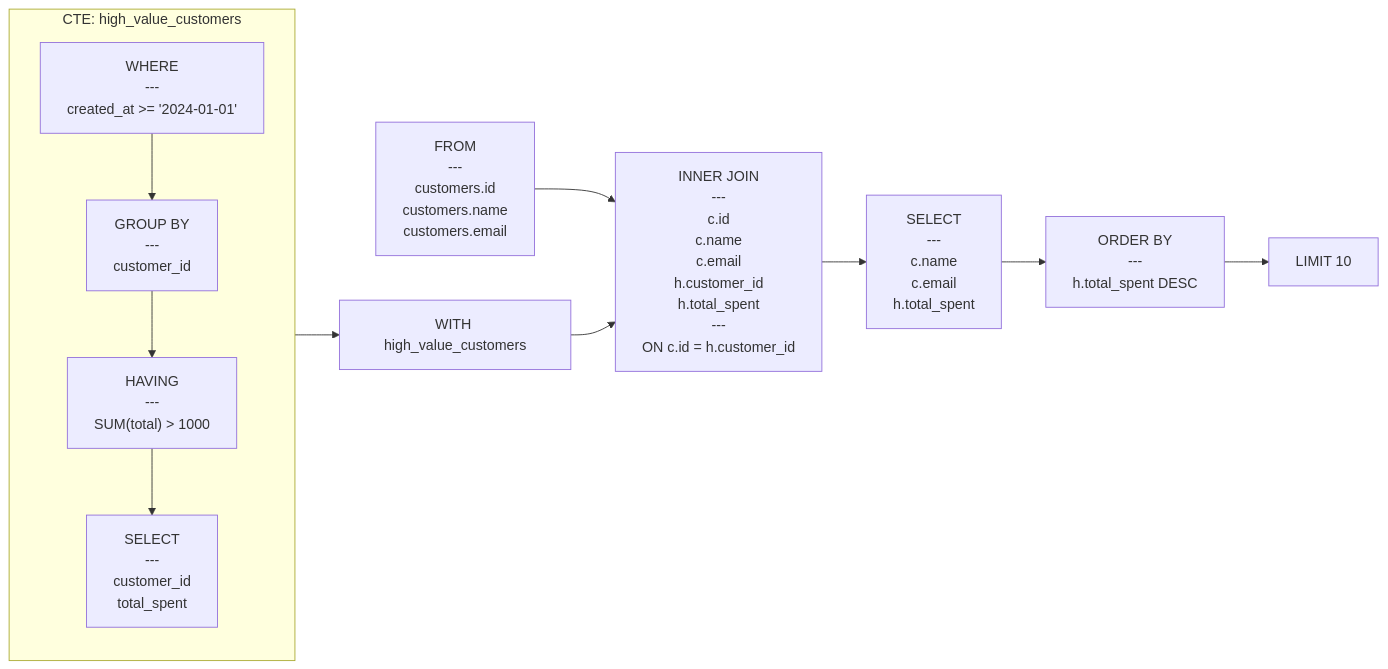
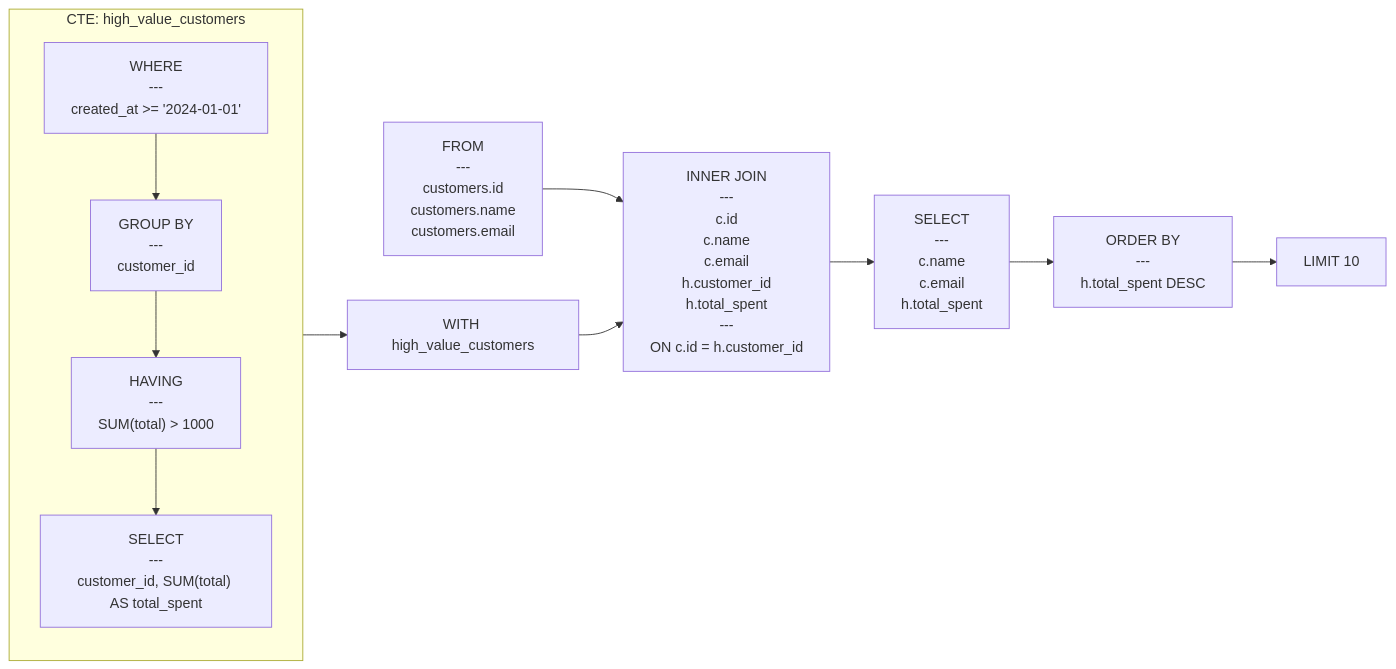
One commit to rot1024/sqloflow changed the first of 3 diagrams in README.md. Above: the diagram before and after it, drawn with Mermaid. The commit also changed other lines of this file and 23 other files, not shown here.

````diff
--- a/README.md
+++ b/README.md
@@ -26,26 +26,26 @@
 ```mermaid
 flowchart LR
     subgraph cte_high_value_customers [CTE: high_value_customers]
         direction TB
-        node_3["SELECT<br/>---<br/>customer_id<br/>total_spent"]
+        node_3["SELECT<br/>---<br/>customer_id, SUM(total) AS total_spent"]
         node_2["HAVING<br/>---<br/>SUM(total) &gt; 1000"]
         node_1["GROUP BY<br/>---<br/>customer_id"]
         node_0["WHERE<br/>---<br/>created_at &gt;= '2024-01-01'"]
         node_0 --> node_1
         node_1 --> node_2
         node_2 --> node_3
     end
 
     node_4["FROM<br/>---<br/>customers.id<br/>customers.name<br/>customers.email"]
     node_5[WITH high_value_customers]
     node_6["INNER JOIN<br/>---<br/>c.id<br/>c.name<br/>c.email<br/>h.customer_id<br/>h.total_spent<br/>---<br/>ON c.id = h.customer_id"]
     node_7["SELECT<br/>---<br/>c.name<br/>c.email<br/>h.total_spent"]
     node_8["ORDER BY<br/>---<br/>h.total_spent DESC"]
     node_9["LIMIT 10"]
     node_3 --> node_5
     node_4 --> node_6
     node_5 --> node_6
     node_6 --> node_7
     node_7 --> node_8
     node_8 --> node_9
 ```
````
